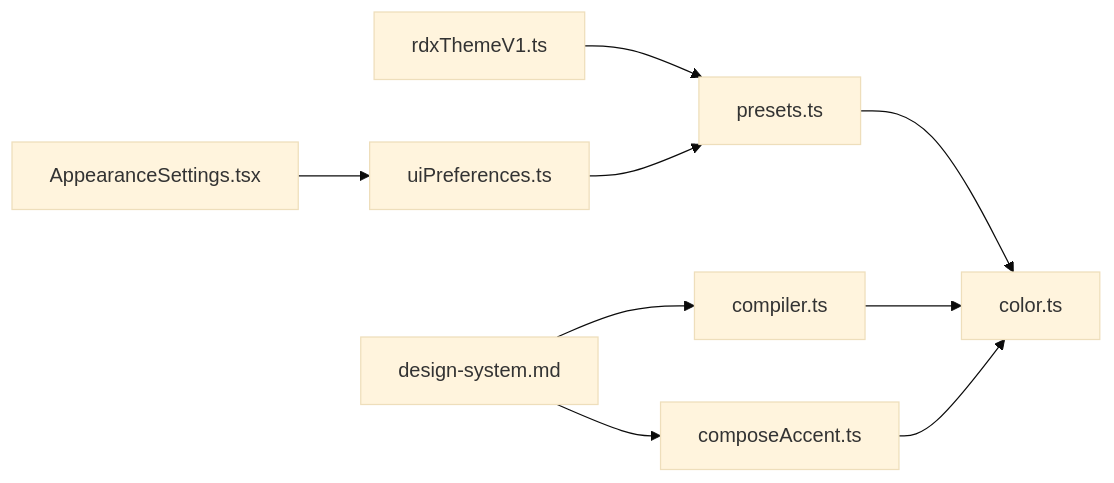
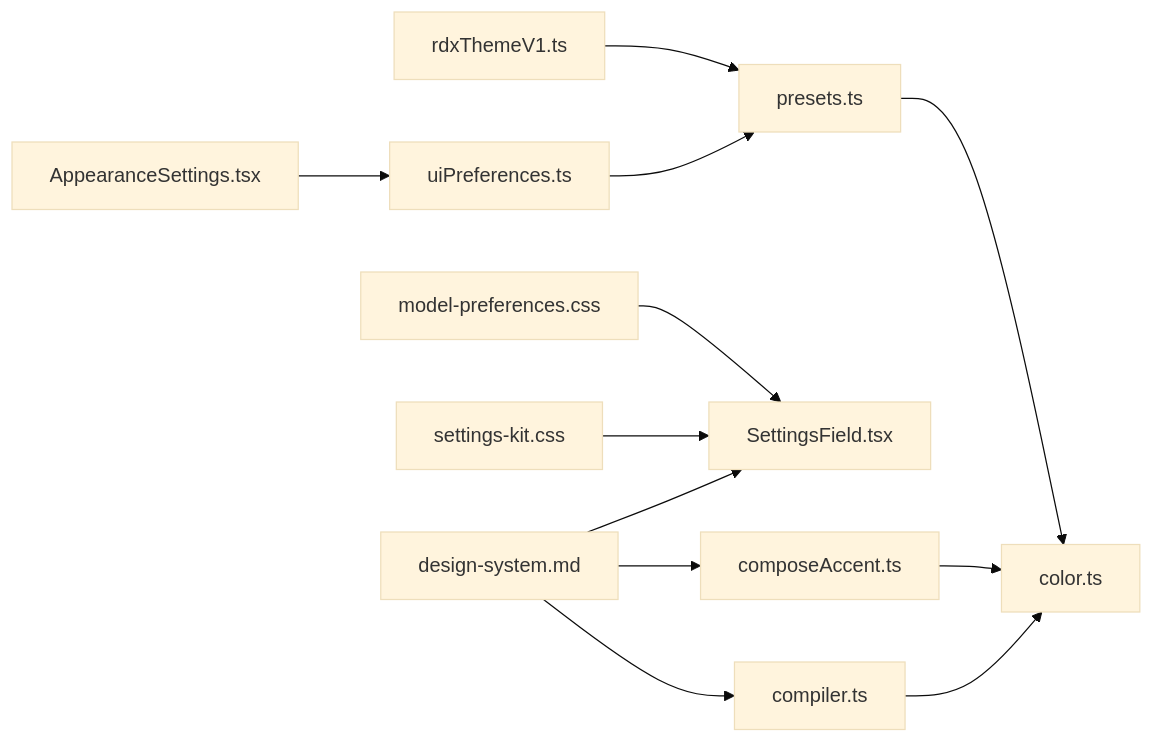
One commit to haolange/RDC-Agent changed the third of 3 diagrams in .qoder/repowiki/zh/content/用户界面/设置面板/外观设置.md. Above: the diagram before and after it, drawn with Mermaid (base theme). The commit also changed other lines of this file and 71 other files, not shown here.

````diff
--- a/.qoder/repowiki/zh/content/用户界面/设置面板/外观设置.md
+++ b/.qoder/repowiki/zh/content/用户界面/设置面板/外观设置.md
@@ -214,11 +252,14 @@
 ```mermaid
 graph LR
 Presets["presets.ts"] --> Color["color.ts"]
 Compiler["compiler.ts"] --> Color
 Compose["composeAccent.ts"] --> Color
 RDX["rdxThemeV1.ts"] --> Presets
 UIPrefs["uiPreferences.ts"] --> Presets
 Appearance["AppearanceSettings.tsx"] --> UIPrefs
+ModelPref["model-preferences.css"] --> SettingsField["SettingsField.tsx"]
+SettingsKit["settings-kit.css"] --> SettingsField
 Design["design-system.md"] --> Compiler
 Design --> Compose
+Design --> SettingsField
 ```
````
